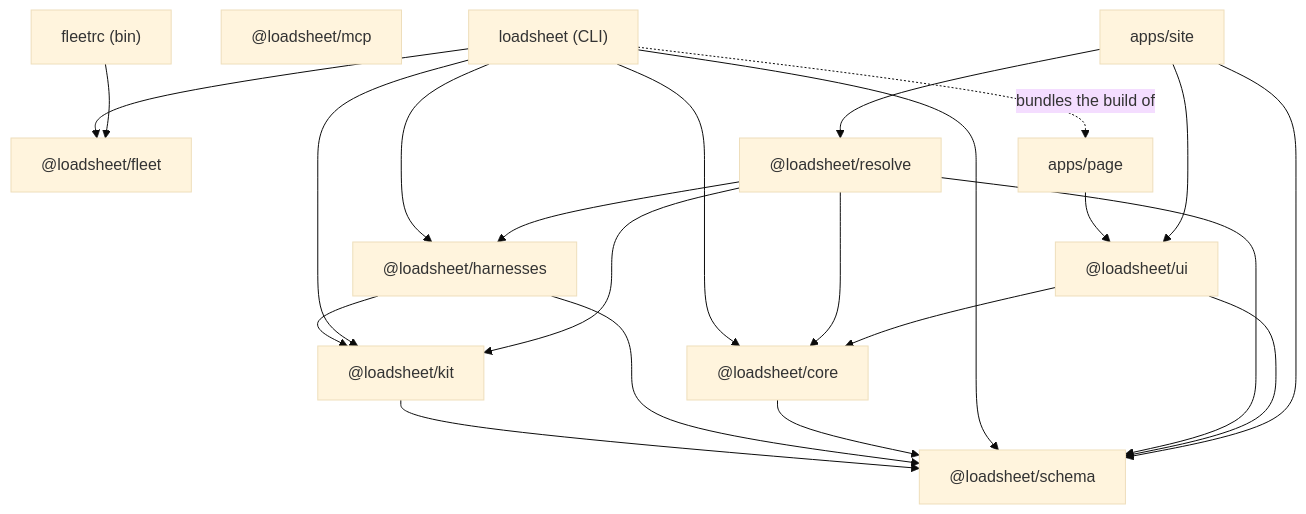
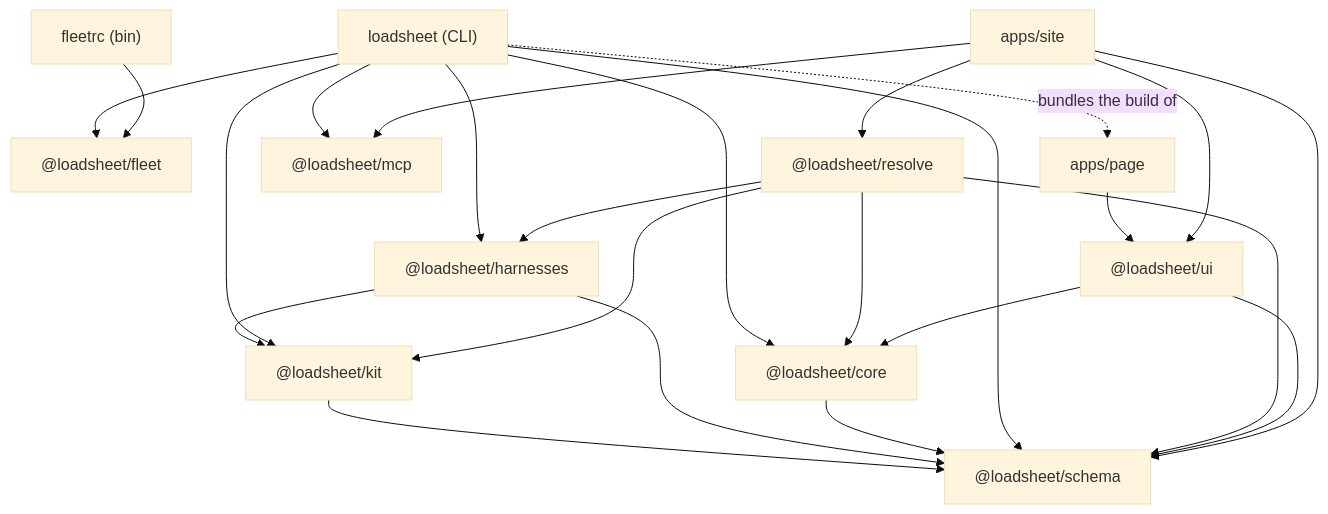
One commit to loadsheet/loadsheet changed the diagram in SPEC.md. Above: the diagram before and after it, drawn with Mermaid (base theme). The commit also changed other lines of this file and 24 other files, not shown here.

````diff
--- a/SPEC.md
+++ b/SPEC.md
@@ -30,37 +30,39 @@
 ```mermaid
 graph TD
   schema["@loadsheet/schema"]
   kit["@loadsheet/kit"]
   harnesses["@loadsheet/harnesses"]
   core["@loadsheet/core"]
   fleet["@loadsheet/fleet"]
   cli["loadsheet (CLI)"]
   resolve["@loadsheet/resolve"]
   mcp["@loadsheet/mcp"]
   ui["@loadsheet/ui"]
   page["apps/page"]
   site["apps/site"]
   fleetrc["fleetrc (bin)"]
 
   kit --> schema
   harnesses --> kit
   harnesses --> schema
   core --> schema
   cli --> core
   cli --> harnesses
   cli --> kit
   cli --> fleet
+  cli --> mcp
   cli --> schema
   cli -. bundles the build of .-> page
   resolve --> core
   resolve --> harnesses
   resolve --> kit
   resolve --> schema
   ui --> core
   ui --> schema
   page --> ui
   site --> ui
   site --> resolve
+  site --> mcp
   site --> schema
   fleetrc --> fleet
 ```
````
